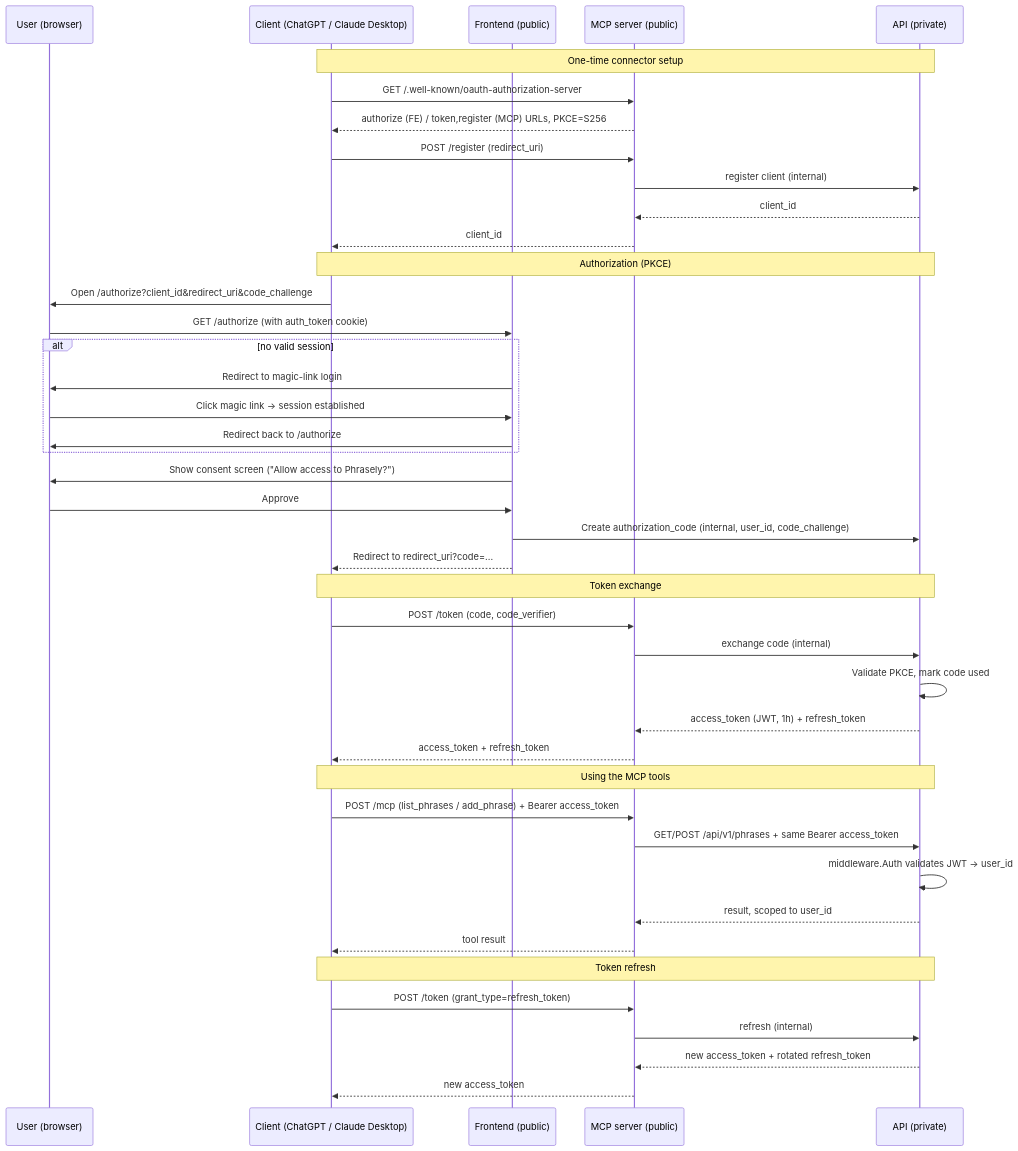
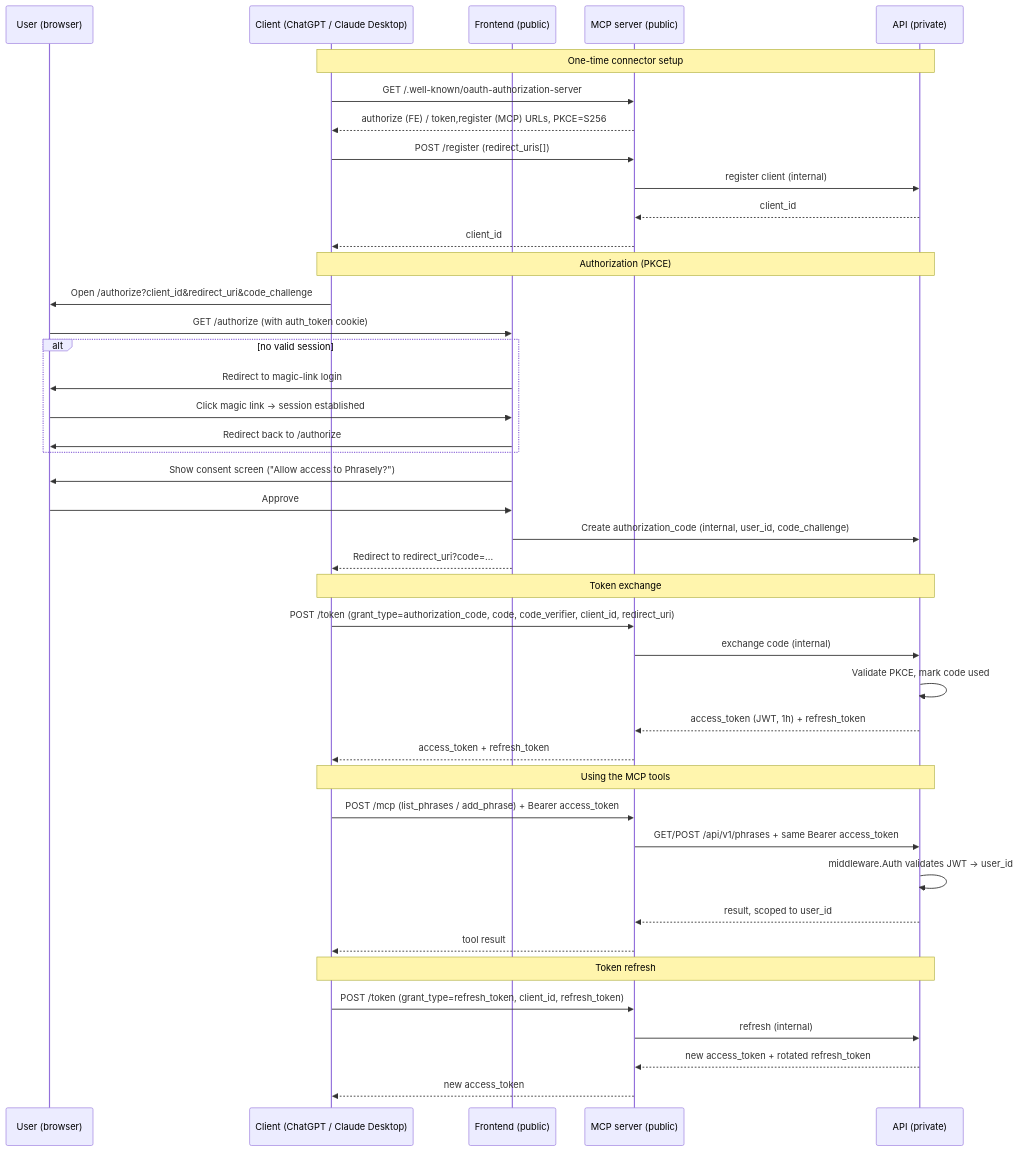
One commit to andreistefanciprian/phrasely changed the diagram in docs/mcp-server.md. Above: the diagram before and after it, drawn with Mermaid. The commit also changed other lines of this file, not shown here.

First line of the commit message:
chore(docs): fix OAuth parameter inaccuracies in mcp-server.md

````diff
--- a/docs/mcp-server.md
+++ b/docs/mcp-server.md
@@ -84,49 +83,49 @@
 ```mermaid
 sequenceDiagram
     participant U as User (browser)
     participant C as Client (ChatGPT / Claude Desktop)
     participant FE as Frontend (public)
     participant MCP as MCP server (public)
     participant API as API (private)
 
     Note over C,API: One-time connector setup
     C->>MCP: GET /.well-known/oauth-authorization-server
     MCP-->>C: authorize (FE) / token,register (MCP) URLs, PKCE=S256
-    C->>MCP: POST /register (redirect_uri)
+    C->>MCP: POST /register (redirect_uris[])
     MCP->>API: register client (internal)
     API-->>MCP: client_id
     MCP-->>C: client_id
 
     Note over C,API: Authorization (PKCE)
     C->>U: Open /authorize?client_id&redirect_uri&code_challenge
     U->>FE: GET /authorize (with auth_token cookie)
     alt no valid session
         FE->>U: Redirect to magic-link login
         U->>FE: Click magic link → session established
         FE->>U: Redirect back to /authorize
     end
     FE->>U: Show consent screen ("Allow access to Phrasely?")
     U->>FE: Approve
     FE->>API: Create authorization_code (internal, user_id, code_challenge)
     FE-->>C: Redirect to redirect_uri?code=...
 
     Note over C,API: Token exchange
-    C->>MCP: POST /token (code, code_verifier)
+    C->>MCP: POST /token (grant_type=authorization_code, code, code_verifier, client_id, redirect_uri)
     MCP->>API: exchange code (internal)
     API->>API: Validate PKCE, mark code used
     API-->>MCP: access_token (JWT, 1h) + refresh_token
     MCP-->>C: access_token + refresh_token
 
     Note over C,API: Using the MCP tools
     C->>MCP: POST /mcp (list_phrases / add_phrase) + Bearer access_token
     MCP->>API: GET/POST /api/v1/phrases + same Bearer access_token
     API->>API: middleware.Auth validates JWT → user_id
     API-->>MCP: result, scoped to user_id
     MCP-->>C: tool result
 
     Note over C,API: Token refresh
-    C->>MCP: POST /token (grant_type=refresh_token)
+    C->>MCP: POST /token (grant_type=refresh_token, client_id, refresh_token)
     MCP->>API: refresh (internal)
     API-->>MCP: new access_token + rotated refresh_token
     MCP-->>C: new access_token
 ```
````
